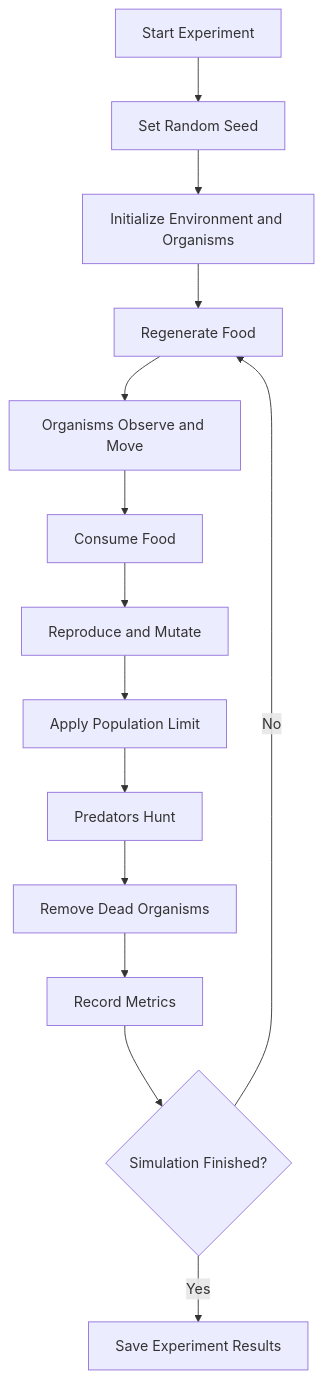
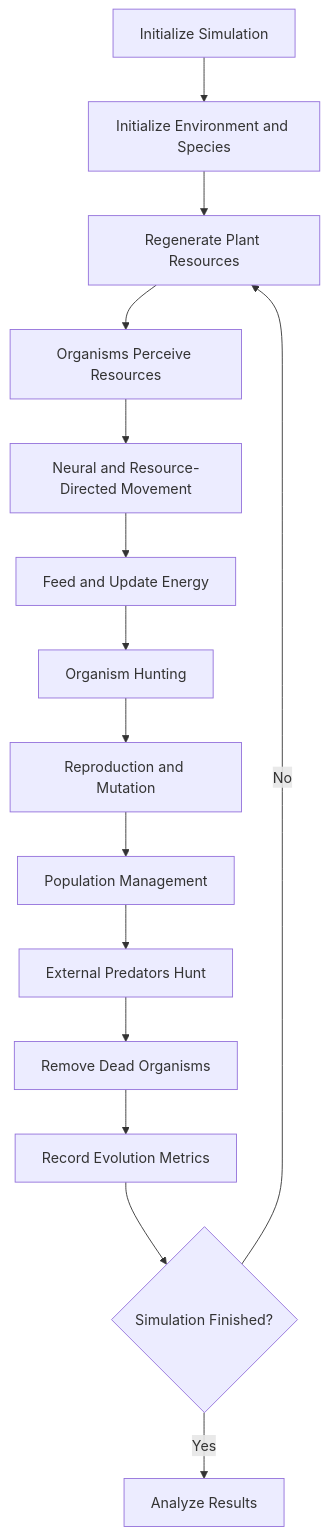
One commit to maroofiums/Artificial-Life changed the second of 2 diagrams in README.md. Above: the diagram before and after it, drawn with Mermaid. The commit also changed other lines of this file, not shown here.

Commit message:
Complete Version 2 multi-species ecosystem

````diff
--- a/README.md
+++ b/README.md
@@ -54,16 +69,17 @@
 ```mermaid
 flowchart TD
-    A[Start Experiment] --> B[Set Random Seed]
-    B --> C[Initialize Environment and Organisms]
-    C --> D[Regenerate Food]
-    D --> E[Organisms Observe and Move]
-    E --> F[Consume Food]
-    F --> G[Reproduce and Mutate]
-    G --> H[Apply Population Limit]
-    H --> I[Predators Hunt]
-    I --> J[Remove Dead Organisms]
-    J --> K[Record Metrics]
-    K --> L{Simulation Finished?}
-    L -->|No| D
-    L -->|Yes| M[Save Experiment Results]
+    A[Initialize Simulation] --> B[Initialize Environment and Species]
+    B --> C[Regenerate Plant Resources]
+    C --> D[Organisms Perceive Resources]
+    D --> E[Neural and Resource-Directed Movement]
+    E --> F[Feed and Update Energy]
+    F --> G[Organism Hunting]
+    G --> H[Reproduction and Mutation]
+    H --> I[Population Management]
+    I --> J[External Predators Hunt]
+    J --> K[Remove Dead Organisms]
+    K --> L[Record Evolution Metrics]
+    L --> M{Simulation Finished?}
+    M -->|No| C
+    M -->|Yes| N[Analyze Results]
 ```
````
